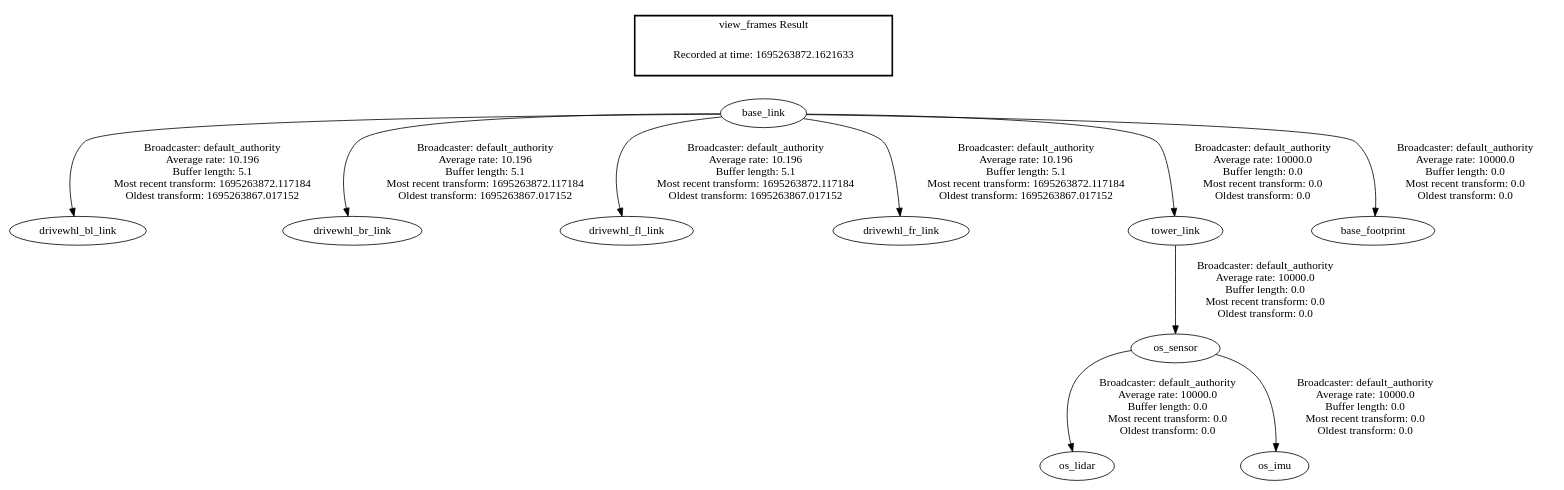
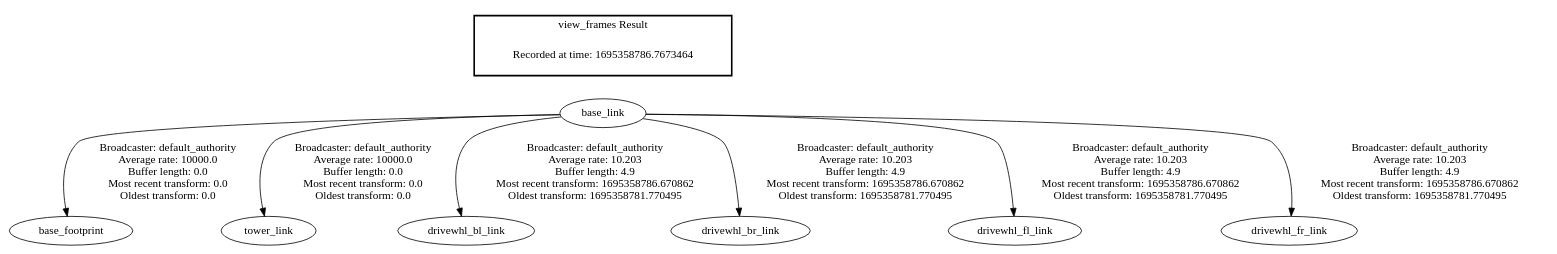
Before and after one commit to uOttawaCAV/ros-workspace: the diagram in frames.gv, drawn with Graphviz. The commit also changed 1200 other files, not shown here.

```diff
--- a/frames.gv
+++ b/frames.gv
@@ -1,15 +1,12 @@
 digraph G {
-"base_link" -> "drivewhl_bl_link"[label=" Broadcaster: default_authority\nAverage rate: 10.196\nBuffer length: 5.1\nMost recent transform: 1695263872.117184\nOldest transform: 1695263867.017152\n"];
-"base_link" -> "drivewhl_br_link"[label=" Broadcaster: default_authority\nAverage rate: 10.196\nBuffer length: 5.1\nMost recent transform: 1695263872.117184\nOldest transform: 1695263867.017152\n"];
-"base_link" -> "drivewhl_fl_link"[label=" Broadcaster: default_authority\nAverage rate: 10.196\nBuffer length: 5.1\nMost recent transform: 1695263872.117184\nOldest transform: 1695263867.017152\n"];
-"base_link" -> "drivewhl_fr_link"[label=" Broadcaster: default_authority\nAverage rate: 10.196\nBuffer length: 5.1\nMost recent transform: 1695263872.117184\nOldest transform: 1695263867.017152\n"];
-"os_sensor" -> "os_lidar"[label=" Broadcaster: default_authority\nAverage rate: 10000.0\nBuffer length: 0.0\nMost recent transform: 0.0\nOldest transform: 0.0\n"];
-"tower_link" -> "os_sensor"[label=" Broadcaster: default_authority\nAverage rate: 10000.0\nBuffer length: 0.0\nMost recent transform: 0.0\nOldest transform: 0.0\n"];
-"os_sensor" -> "os_imu"[label=" Broadcaster: default_authority\nAverage rate: 10000.0\nBuffer length: 0.0\nMost recent transform: 0.0\nOldest transform: 0.0\n"];
+"base_link" -> "base_footprint"[label=" Broadcaster: default_authority\nAverage rate: 10000.0\nBuffer length: 0.0\nMost recent transform: 0.0\nOldest transform: 0.0\n"];
 "base_link" -> "tower_link"[label=" Broadcaster: default_authority\nAverage rate: 10000.0\nBuffer length: 0.0\nMost recent transform: 0.0\nOldest transform: 0.0\n"];
-"base_link" -> "base_footprint"[label=" Broadcaster: default_authority\nAverage rate: 10000.0\nBuffer length: 0.0\nMost recent transform: 0.0\nOldest transform: 0.0\n"];
+"base_link" -> "drivewhl_bl_link"[label=" Broadcaster: default_authority\nAverage rate: 10.203\nBuffer length: 4.9\nMost recent transform: 1695358786.670862\nOldest transform: 1695358781.770495\n"];
+"base_link" -> "drivewhl_br_link"[label=" Broadcaster: default_authority\nAverage rate: 10.203\nBuffer length: 4.9\nMost recent transform: 1695358786.670862\nOldest transform: 1695358781.770495\n"];
+"base_link" -> "drivewhl_fl_link"[label=" Broadcaster: default_authority\nAverage rate: 10.203\nBuffer length: 4.9\nMost recent transform: 1695358786.670862\nOldest transform: 1695358781.770495\n"];
+"base_link" -> "drivewhl_fr_link"[label=" Broadcaster: default_authority\nAverage rate: 10.203\nBuffer length: 4.9\nMost recent transform: 1695358786.670862\nOldest transform: 1695358781.770495\n"];
 edge [style=invis];
  subgraph cluster_legend { style=bold; color=black; label ="view_frames Result";
-"Recorded at time: 1695263872.1621633"[ shape=plaintext ] ;
+"Recorded at time: 1695358786.7673464"[ shape=plaintext ] ;
 }->"base_link";
 }
```
